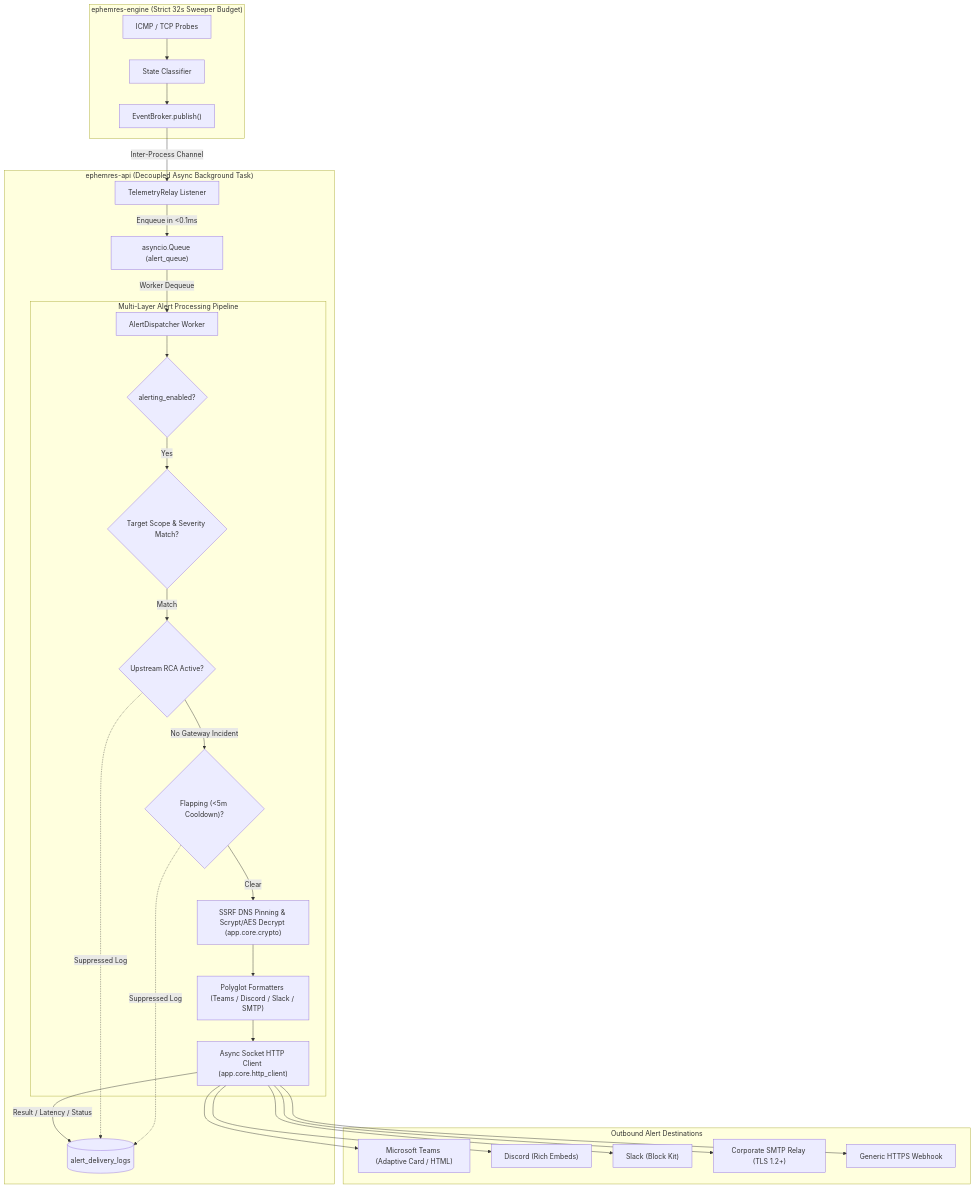
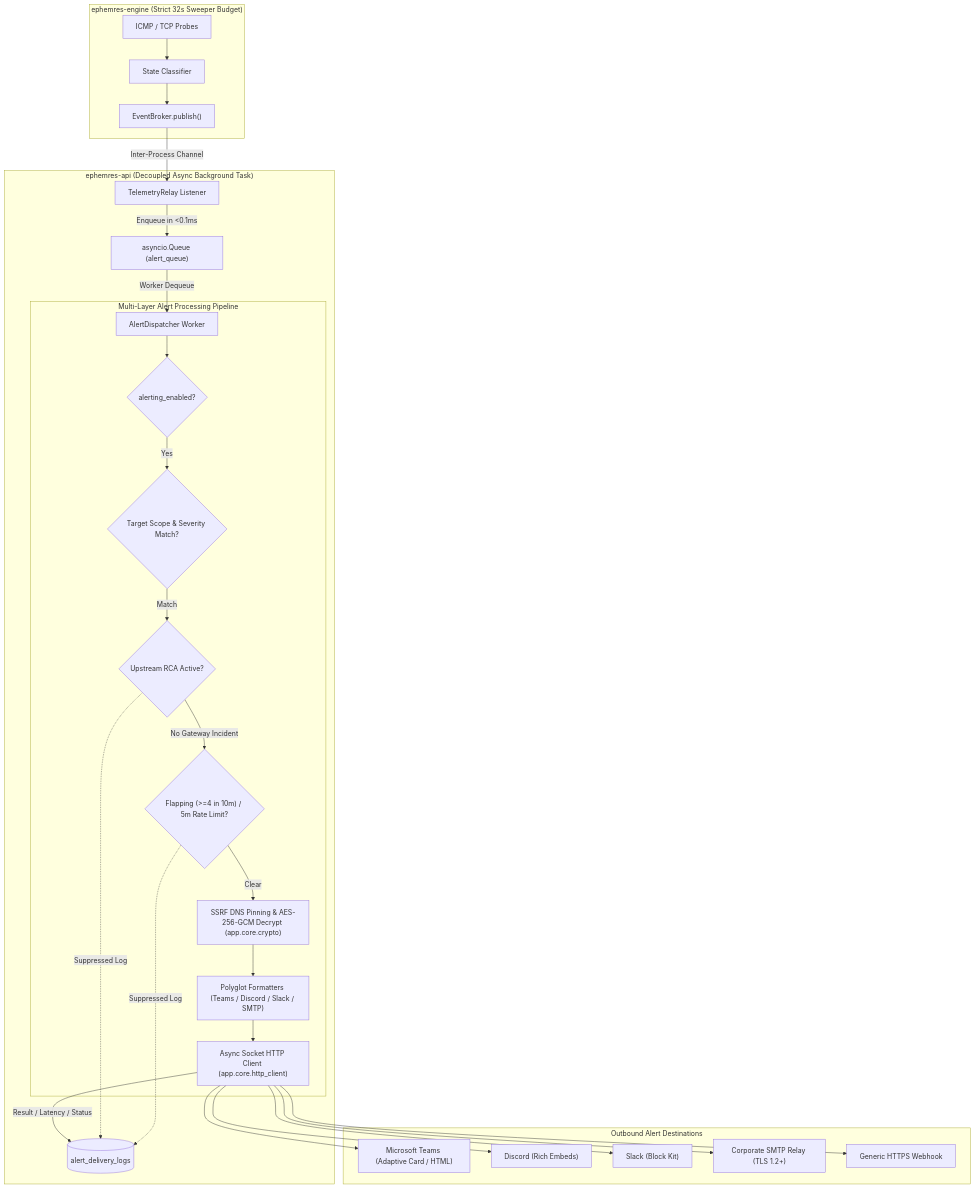
One commit to dc8official/ephemres changed the second of 3 diagrams in docs/architecture.md. Above: the diagram before and after it, drawn with Mermaid. The commit also changed other lines of this file and 10 other files, not shown here.

````diff
--- a/docs/architecture.md
+++ b/docs/architecture.md
@@ -208,57 +213,57 @@
 ```mermaid
 flowchart TD
     subgraph Engine_Sweep["ephemres-engine (Strict 32s Sweeper Budget)"]
         PROBE["ICMP / TCP Probes"]
         TRANS["State Classifier"]
         BROKER_PUB["EventBroker.publish()"]
         PROBE --> TRANS --> BROKER_PUB
     end
 
     BROKER_PUB -->|Inter-Process Channel| BROKER_SUB
 
     subgraph API_Process["ephemres-api (Decoupled Async Background Task)"]
         BROKER_SUB["TelemetryRelay Listener"]
         ASYNC_Q["asyncio.Queue (alert_queue)"]
         DISPATCHER["AlertDispatcher Worker"]
         
         BROKER_SUB -->|Enqueue in <0.1ms| ASYNC_Q
         ASYNC_Q -->|Worker Dequeue| DISPATCHER
 
         subgraph Pipeline["Multi-Layer Alert Processing Pipeline"]
             MASTER{"alerting_enabled?"}
             SCOPE{"Target Scope & Severity Match?"}
             RCA_SUPP{"Upstream RCA Active?"}
-            FLAP_SUPP{"Flapping (<5m Cooldown)?"}
-            SSRF_CRYPTO["SSRF DNS Pinning & Scrypt/AES Decrypt (app.core.crypto)"]
+            FLAP_SUPP{"Flapping (>=4 in 10m) / 5m Rate Limit?"}
+            SSRF_CRYPTO["SSRF DNS Pinning & AES-256-GCM Decrypt (app.core.crypto)"]
             FORMATTER["Polyglot Formatters (Teams / Discord / Slack / SMTP)"]
             DISPATCH_CALL["Async Socket HTTP Client (app.core.http_client)"]
 
             DISPATCHER --> MASTER
             MASTER -->|Yes| SCOPE
             SCOPE -->|Match| RCA_SUPP
             RCA_SUPP -->|No Gateway Incident| FLAP_SUPP
             FLAP_SUPP -->|Clear| SSRF_CRYPTO
             SSRF_CRYPTO --> FORMATTER
             FORMATTER --> DISPATCH_CALL
         end
 
         AUDIT[("alert_delivery_logs")]
         DISPATCH_CALL -->|Result / Latency / Status| AUDIT
         RCA_SUPP -.->|Suppressed Log| AUDIT
         FLAP_SUPP -.->|Suppressed Log| AUDIT
     end
 
     subgraph External_Destinations["Outbound Alert Destinations"]
         TEAMS["Microsoft Teams (Adaptive Card / HTML)"]
         DISCORD["Discord (Rich Embeds)"]
         SLACK["Slack (Block Kit)"]
         EMAIL["Corporate SMTP Relay (TLS 1.2+)"]
         WEBHOOK["Generic HTTPS Webhook"]
 
         DISPATCH_CALL --> TEAMS
         DISPATCH_CALL --> DISCORD
         DISPATCH_CALL --> SLACK
         DISPATCH_CALL --> EMAIL
         DISPATCH_CALL --> WEBHOOK
     end
 ```
````
